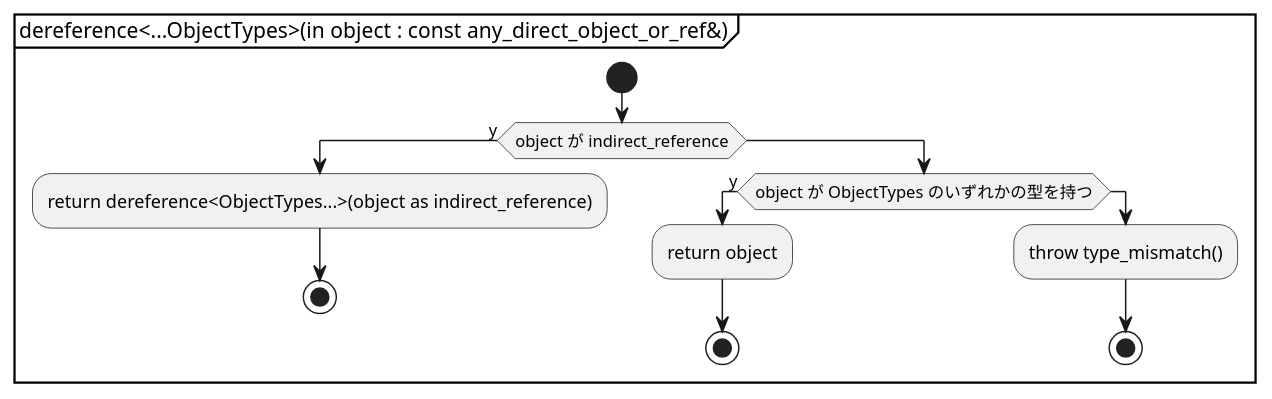
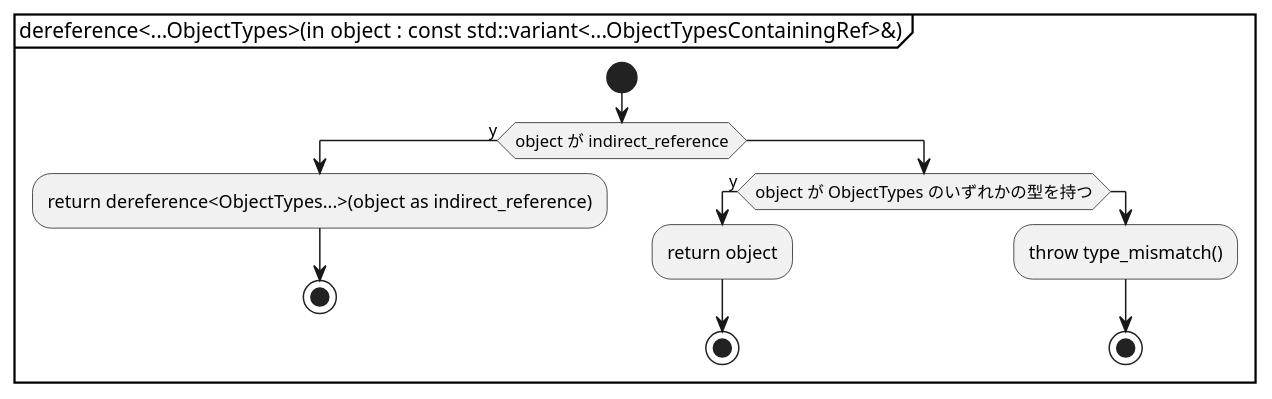
The second of 3 diagrams in document/object_pool.activity.pu (KodaiYM/PDFReader), drawn with PlantUML before and after one commit. The commit also changed 1 other file, not shown here.

Commit message:
object_pool の汎用性を上げ、type_mismatch エラーの追加

```diff
--- a/document/object_pool.activity.pu
+++ b/document/object_pool.activity.pu
@@ -10,18 +10,18 @@
 @startuml dereference of any
-partition "dereference<...ObjectTypes>(in object : const any_direct_object_or_ref&)" {
+partition "dereference<...ObjectTypes>(in object : const std::variant<...ObjectTypesContainingRef>&)" {
 start
 	if (object が indirect_reference) then (y)
 		:return dereference<ObjectTypes...>(object as indirect_reference);
 		stop
 	else
 		if (object が ObjectTypes のいずれかの型を持つ) then (y)
 			:return object;
 			stop
 		else
 			:throw type_mismatch();
 			stop
 		endif
 	endif
 'stop
 }
 @enduml
```
